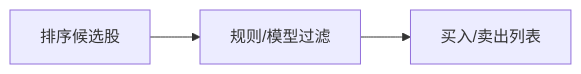
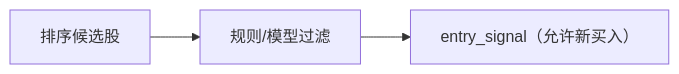
The diagram in docs/2.14 Sage股票智能交易平台买卖点过滤模块设计文档.md (xiaoguangdong/Sage), drawn with Mermaid before and after one commit. The commit also changed other lines of this file, not shown here.

````diff
--- a/docs/2.14 Sage股票智能交易平台买卖点过滤模块设计文档.md
+++ b/docs/2.14 Sage股票智能交易平台买卖点过滤模块设计文档.md
@@ -45,5 +48,5 @@
 ```mermaid
 flowchart LR
   A["排序候选股"] --> B["规则/模型过滤"]
-  B --> C["买入/卖出列表"]
+  B --> C["entry_signal（允许新买入）"]
 ```
````
